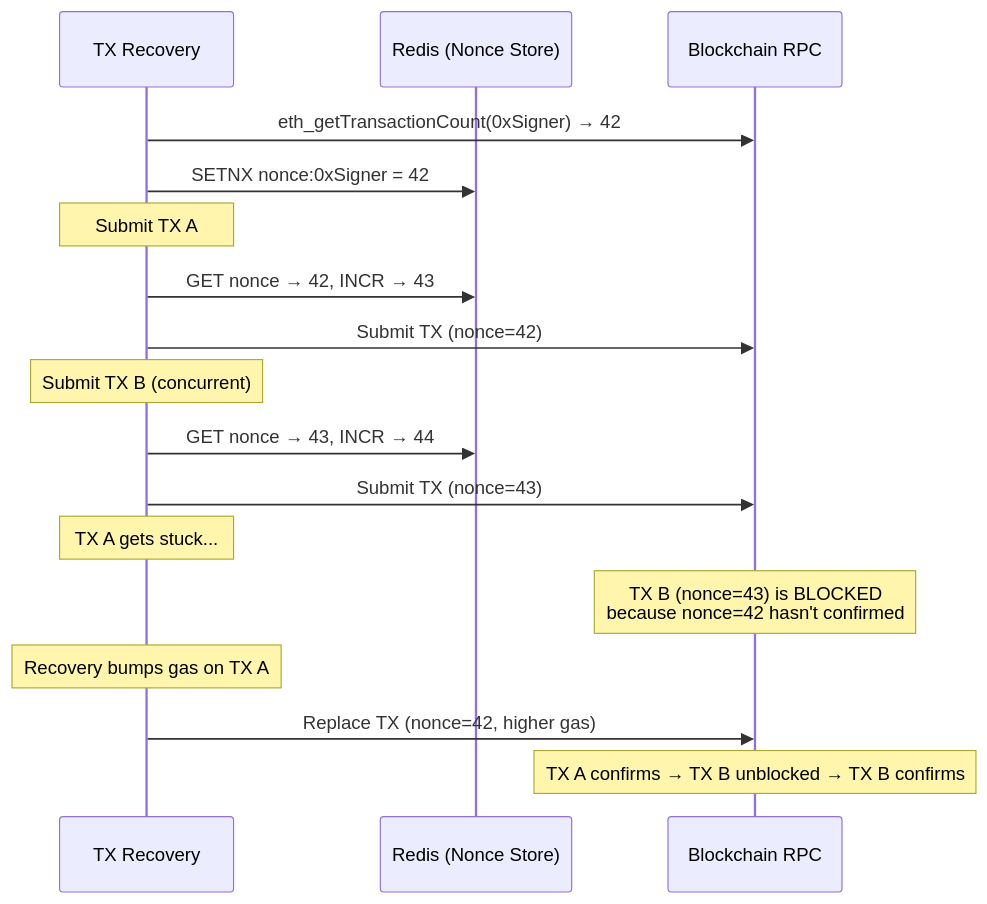
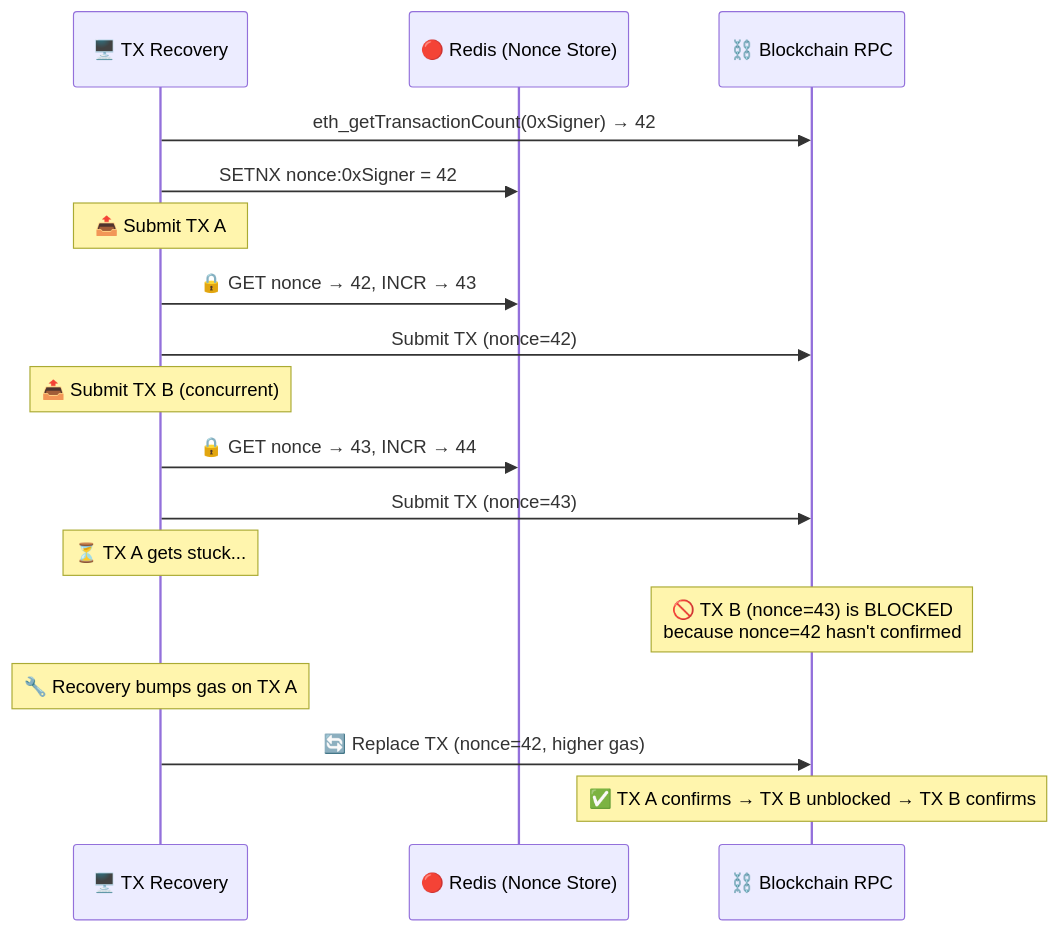
The fifth of 9 diagrams in README.md (Puneethkumarck/stablebridge-tx-recovery), drawn with Mermaid before and after one commit. The commit also changed other lines of this file, not shown here.

````diff
--- a/README.md
+++ b/README.md
@@ -329,24 +422,24 @@
 ```mermaid
 sequenceDiagram
-    participant App as TX Recovery
-    participant Redis as Redis (Nonce Store)
-    participant Chain as Blockchain RPC
+    participant App as 🖥️ TX Recovery
+    participant Redis as 🔴 Redis (Nonce Store)
+    participant Chain as ⛓️ Blockchain RPC
 
     App->>Chain: eth_getTransactionCount(0xSigner) → 42
     App->>Redis: SETNX nonce:0xSigner = 42
 
-    Note over App: Submit TX A
-    App->>Redis: GET nonce → 42, INCR → 43
+    Note over App: 📤 Submit TX A
+    App->>Redis: 🔒 GET nonce → 42, INCR → 43
     App->>Chain: Submit TX (nonce=42)
 
-    Note over App: Submit TX B (concurrent)
-    App->>Redis: GET nonce → 43, INCR → 44
+    Note over App: 📤 Submit TX B (concurrent)
+    App->>Redis: 🔒 GET nonce → 43, INCR → 44
     App->>Chain: Submit TX (nonce=43)
 
-    Note over App: TX A gets stuck...
-    Note over Chain: TX B (nonce=43) is BLOCKED<br/>because nonce=42 hasn't confirmed
+    Note over App: ⏳ TX A gets stuck...
+    Note over Chain: 🚫 TX B (nonce=43) is BLOCKED<br/>because nonce=42 hasn't confirmed
 
-    Note over App: Recovery bumps gas on TX A
-    App->>Chain: Replace TX (nonce=42, higher gas)
-    Note over Chain: TX A confirms → TX B unblocked → TX B confirms
+    Note over App: 🔧 Recovery bumps gas on TX A
+    App->>Chain: 🔄 Replace TX (nonce=42, higher gas)
+    Note over Chain: ✅ TX A confirms → TX B unblocked → TX B confirms
 ```
````
